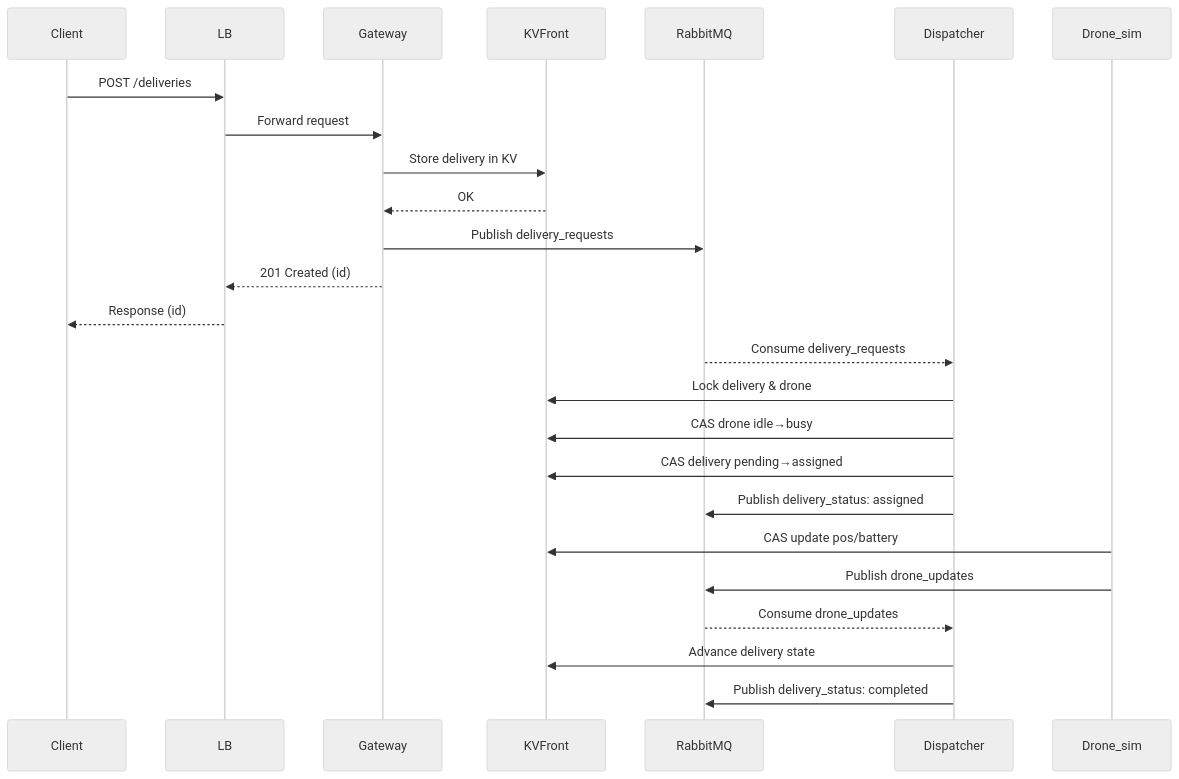
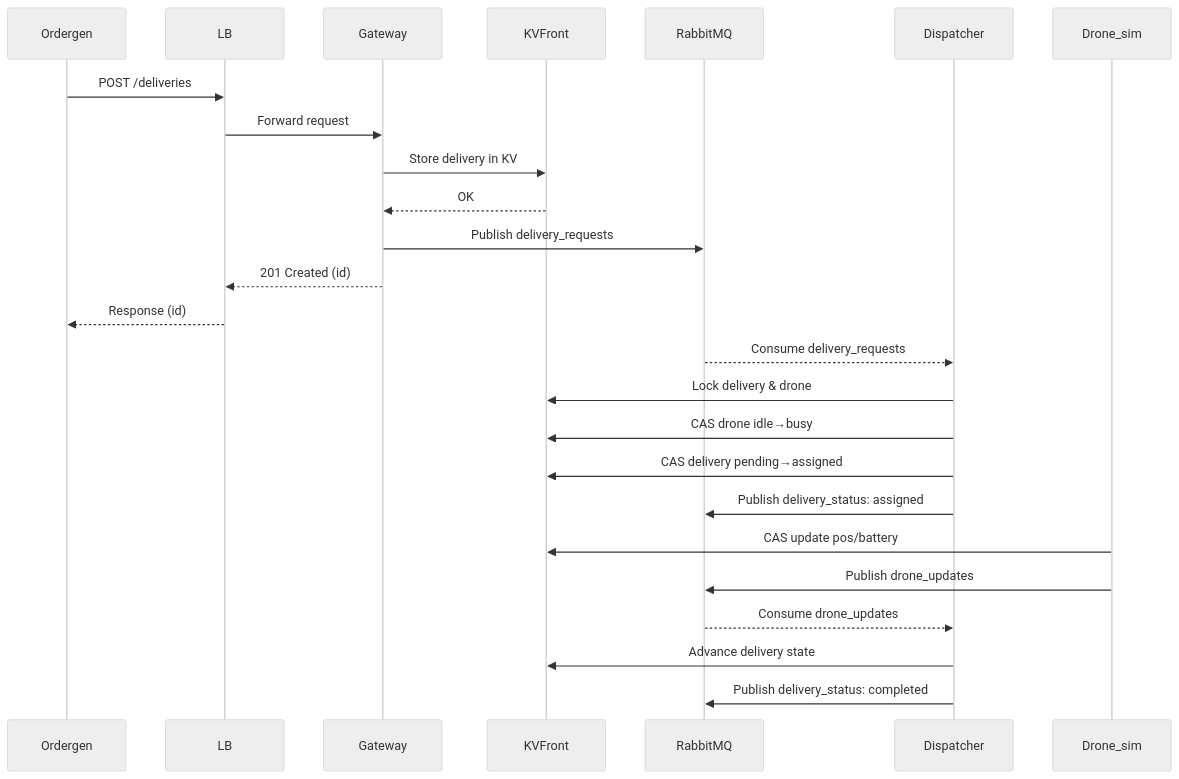
One commit to scorzaluca/progetto-architetture changed the second of 3 diagrams in README.md. Above: the diagram before and after it, drawn with Mermaid (neutral theme). The commit also changed other lines of this file, not shown here.

````diff
--- a/README.md
+++ b/README.md
@@ -295,36 +295,36 @@
 ```mermaid
 sequenceDiagram
-    participant Client
+    participant Ordergen
     participant LB as LB
     participant GW as Gateway
     participant KVF as KVFront
     participant RMQ as RabbitMQ
     participant DISP as Dispatcher
     participant DRN as Drone_sim
 
     %% Creazione delivery
-    Client->>LB: POST /deliveries
+    Ordergen->>LB: POST /deliveries
     LB->>GW: Forward request
     GW->>KVF: Store delivery in KV
     KVF-->>GW: OK
     GW->>RMQ: Publish delivery_requests
     GW-->>LB: 201 Created (id)
-    LB-->>Client: Response (id)
+    LB-->>Ordergen: Response (id)
 
     %% Assegnazione tramite evento
     RMQ-->>DISP: Consume delivery_requests
     DISP->>KVF: Lock delivery & drone
     DISP->>KVF: CAS drone idle→busy
     DISP->>KVF: CAS delivery pending→assigned
     DISP->>RMQ: Publish delivery_status: assigned
 
     %% Avanzamento stato
     DRN->>KVF: CAS update pos/battery
     DRN->>RMQ: Publish drone_updates
     RMQ-->>DISP: Consume drone_updates
     DISP->>KVF: Advance delivery state
     DISP->>RMQ: Publish delivery_status: completed
 
 
 
 ```
````
